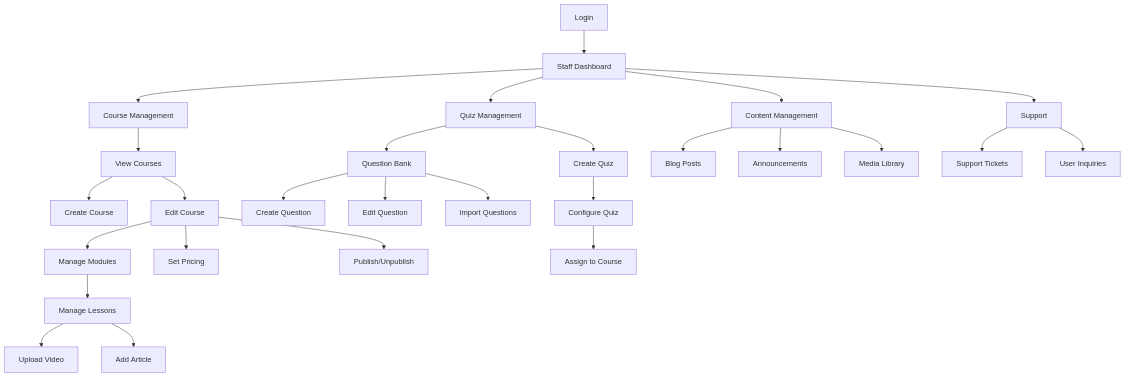
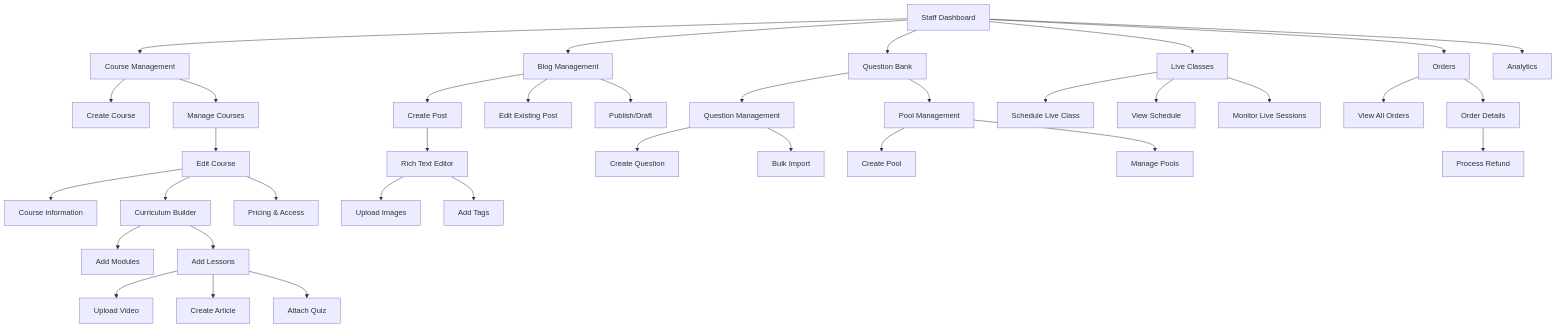
The sixth of 19 diagrams in docs/screen-flow-by-roles.md (Lain4504/torii-monorepo), drawn with Mermaid before and after one commit. The commit also changed other lines of this file and 1 other file, not shown here.

Commit message:
vẽ screen-flow

````diff
--- a/docs/screen-flow-by-roles.md
+++ b/docs/screen-flow-by-roles.md
@@ -37,33 +180,48 @@
 ```mermaid
 flowchart TD
-    A[Login] --> B[Staff Dashboard]
-    B --> C[Course Management]
-    B --> D[Quiz Management]
-    B --> E[Content Management]
-    B --> F[Support]
+    Dashboard[Staff Dashboard] --> Courses[Course Management]
+    Dashboard --> Posts[Blog Management]
+    Dashboard --> QuestionBank[Question Bank]
+    Dashboard --> Rooms[Live Classes]
+    Dashboard --> Orders[Orders]
+    Dashboard --> Analytics[Analytics]
     
-    C --> C1[View Courses]
-    C1 --> C2[Create Course]
-    C1 --> C3[Edit Course]
-    C3 --> C4[Manage Modules]
-    C4 --> C5[Manage Lessons]
-    C5 --> C6[Upload Video]
-    C5 --> C7[Add Article]
-    C3 --> C8[Set Pricing]
-    C3 --> C9[Publish/Unpublish]
+    %% Course Management
+    Courses --> CreateCourse[Create Course]
+    Courses --> ManageCourses[Manage Courses]
+    ManageCourses --> EditCourse[Edit Course]
+    EditCourse --> CourseInfo[Course Information]
+    EditCourse --> Curriculum[Curriculum Builder]
+    EditCourse --> Pricing[Pricing & Access]
+    Curriculum --> AddModules[Add Modules]
+    Curriculum --> AddLessons[Add Lessons]
+    AddLessons --> UploadVideo[Upload Video]
+    AddLessons --> CreateArticle[Create Article]
+    AddLessons --> CreateQuiz[Attach Quiz]
     
-    D --> D1[Question Bank]
-    D1 --> D2[Create Question]
-    D1 --> D3[Edit Question]
-    D1 --> D4[Import Questions]
-    D --> D5[Create Quiz]
-    D5 --> D6[Configure Quiz]
-    D6 --> D7[Assign to Course]
+    %% Blog Management
+    Posts --> CreatePost[Create Post]
+    Posts --> EditPost[Edit Existing Post]
+    Posts --> PublishPost[Publish/Draft]
+    CreatePost --> RichEditor[Rich Text Editor]
+    RichEditor --> UploadMedia[Upload Images]
+    RichEditor --> AddTags[Add Tags]
     
-    E --> E1[Blog Posts]
-    E --> E2[Announcements]
-    E --> E3[Media Library]
+    %% Question Bank
+    QuestionBank --> Questions[Question Management]
+    QuestionBank --> Pools[Pool Management]
+    Questions --> CreateQ[Create Question]
+    Questions --> BulkImport[Bulk Import]
+    Pools --> CreatePool[Create Pool]
+    Pools --> ManagePool[Manage Pools]
     
-    F --> F1[Support Tickets]
-    F --> F2[User Inquiries]
+    %% Live Classes
+    Rooms --> ScheduleClass[Schedule Live Class]
+    Rooms --> ViewSchedule[View Schedule]
+    Rooms --> MonitorLive[Monitor Live Sessions]
+    
+    %% Orders
+    Orders --> ViewOrders[View All Orders]
+    Orders --> OrderDetails[Order Details]
+    OrderDetails --> ProcessRefund[Process Refund]
 ```
````
